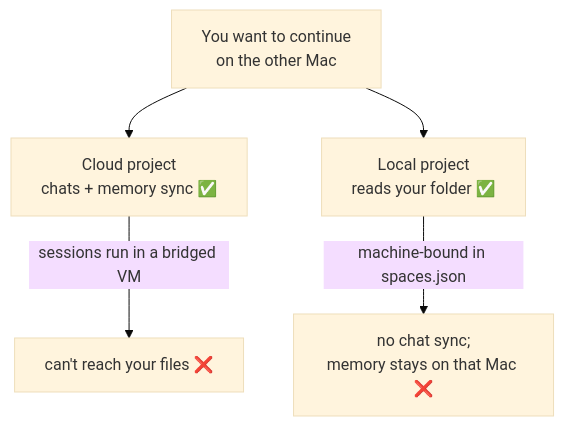
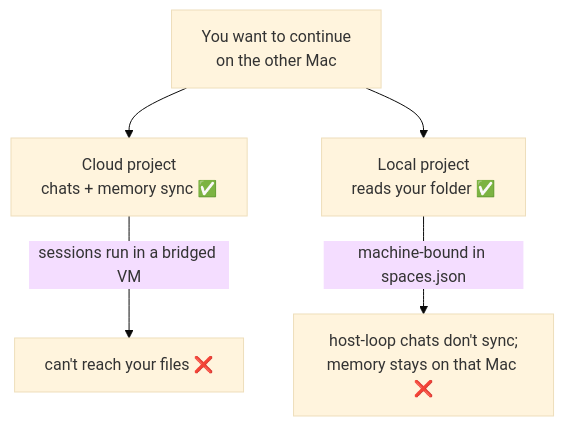
The first of 2 diagrams in README.md (altsang/claude-macos-mirror), drawn with Mermaid (base theme) before and after one commit. The commit also changed other lines of this file and 3 other files, not shown here.

First line of the commit message:
Remote sessions sync; narrow the docs that said chats never travel

````diff
--- a/README.md
+++ b/README.md
@@ -75,7 +75,7 @@
 ```mermaid
 flowchart TB
     Q["You want to continue<br/>on the other Mac"] --> C
     Q --> L
     C["Cloud project<br/>chats + memory sync ✅"] -->|"sessions run in a bridged VM"| CF["can't reach your files ❌"]
-    L["Local project<br/>reads your folder ✅"] -->|"machine-bound in spaces.json"| LF["no chat sync;<br/>memory stays on that Mac ❌"]
+    L["Local project<br/>reads your folder ✅"] -->|"machine-bound in spaces.json"| LF["host-loop chats don't sync;<br/>memory stays on that Mac ❌"]
 ```
````
